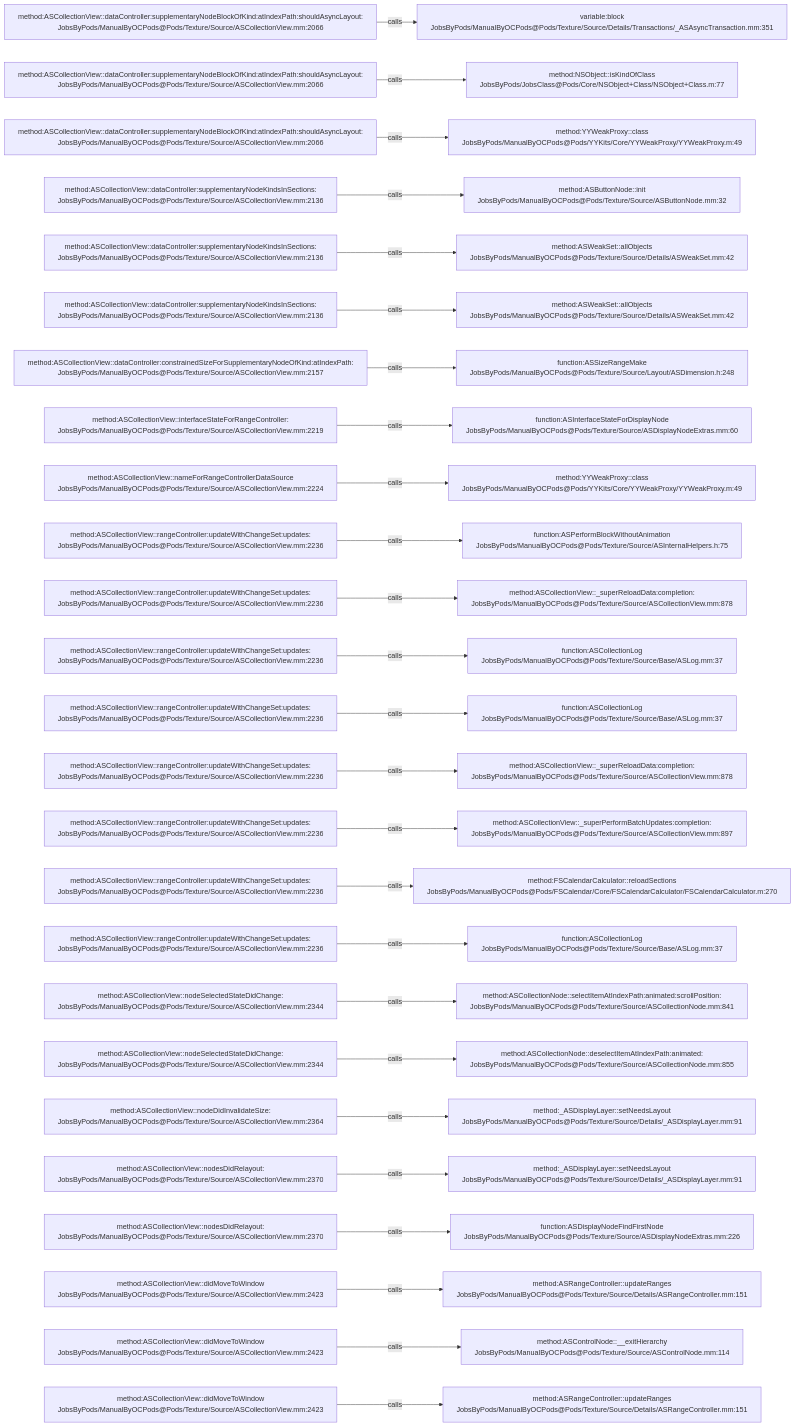
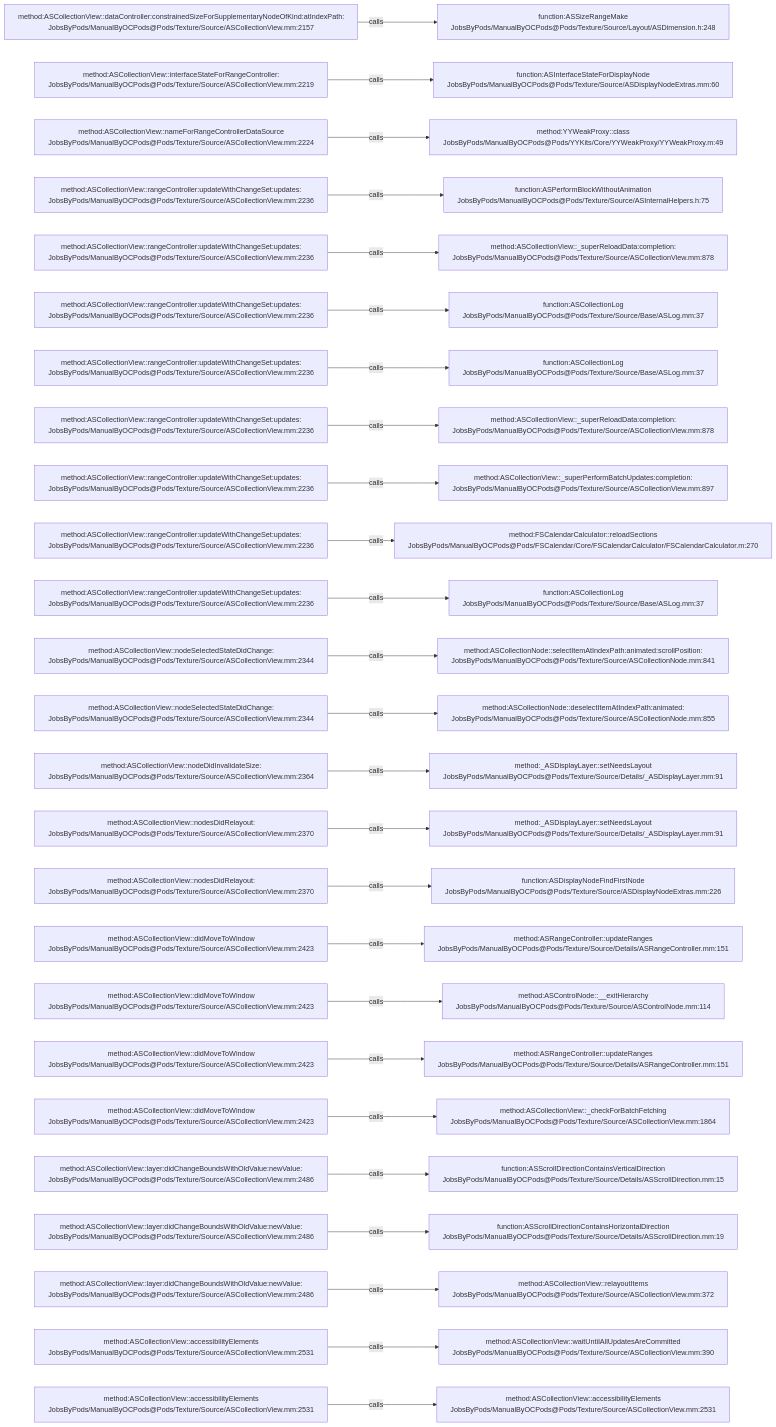
One commit to JobsKits/JobsOCBaseConfigDemo changed the diagram in .codegraph/codegraph.md/graphs/calls-076.md. Above: the diagram before and after it, drawn with Mermaid. The commit also changed 666 other files, not shown here.

````diff
--- a/.codegraph/codegraph.md/graphs/calls-076.md
+++ b/.codegraph/codegraph.md/graphs/calls-076.md
@@ -13,78 +13,78 @@
 ```mermaid
 flowchart LR
-  S1["method:ASCollectionView::dataController:supplementaryNodeBlockOfKind:atIndexPath:shouldAsyncLayout:<br/>JobsByPods/ManualByOCPods@Pods/Texture/Source/ASCollectionView.mm:2066"]
-  T1["variable:block<br/>JobsByPods/ManualByOCPods@Pods/Texture/Source/Details/Transactions/_ASAsyncTransaction.mm:351"]
+  S1["method:ASCollectionView::dataController:constrainedSizeForSupplementaryNodeOfKind:atIndexPath:<br/>JobsByPods/ManualByOCPods@Pods/Texture/Source/ASCollectionView.mm:2157"]
+  T1["function:ASSizeRangeMake<br/>JobsByPods/ManualByOCPods@Pods/Texture/Source/Layout/ASDimension.h:248"]
   S1 -->|calls| T1
-  S2["method:ASCollectionView::dataController:supplementaryNodeBlockOfKind:atIndexPath:shouldAsyncLayout:<br/>JobsByPods/ManualByOCPods@Pods/Texture/Source/ASCollectionView.mm:2066"]
-  T2["method:NSObject::isKindOfClass<br/>JobsByPods/JobsClass@Pods/Core/NSObject+Class/NSObject+Class.m:77"]
+  S2["method:ASCollectionView::interfaceStateForRangeController:<br/>JobsByPods/ManualByOCPods@Pods/Texture/Source/ASCollectionView.mm:2219"]
+  T2["function:ASInterfaceStateForDisplayNode<br/>JobsByPods/ManualByOCPods@Pods/Texture/Source/ASDisplayNodeExtras.mm:60"]
   S2 -->|calls| T2
-  S3["method:ASCollectionView::dataController:supplementaryNodeBlockOfKind:atIndexPath:shouldAsyncLayout:<br/>JobsByPods/ManualByOCPods@Pods/Texture/Source/ASCollectionView.mm:2066"]
+  S3["method:ASCollectionView::nameForRangeControllerDataSource<br/>JobsByPods/ManualByOCPods@Pods/Texture/Source/ASCollectionView.mm:2224"]
   T3["method:YYWeakProxy::class<br/>JobsByPods/ManualByOCPods@Pods/YYKits/Core/YYWeakProxy/YYWeakProxy.m:49"]
   S3 -->|calls| T3
-  S4["method:ASCollectionView::dataController:supplementaryNodeKindsInSections:<br/>JobsByPods/ManualByOCPods@Pods/Texture/Source/ASCollectionView.mm:2136"]
-  T4["method:ASButtonNode::init<br/>JobsByPods/ManualByOCPods@Pods/Texture/Source/ASButtonNode.mm:32"]
+  S4["method:ASCollectionView::rangeController:updateWithChangeSet:updates:<br/>JobsByPods/ManualByOCPods@Pods/Texture/Source/ASCollectionView.mm:2236"]
+  T4["function:ASPerformBlockWithoutAnimation<br/>JobsByPods/ManualByOCPods@Pods/Texture/Source/ASInternalHelpers.h:75"]
   S4 -->|calls| T4
-  S5["method:ASCollectionView::dataController:supplementaryNodeKindsInSections:<br/>JobsByPods/ManualByOCPods@Pods/Texture/Source/ASCollectionView.mm:2136"]
-  T5["method:ASWeakSet::allObjects<br/>JobsByPods/ManualByOCPods@Pods/Texture/Source/Details/ASWeakSet.mm:42"]
+  S5["method:ASCollectionView::rangeController:updateWithChangeSet:updates:<br/>JobsByPods/ManualByOCPods@Pods/Texture/Source/ASCollectionView.mm:2236"]
+  T5["method:ASCollectionView::_superReloadData:completion:<br/>JobsByPods/ManualByOCPods@Pods/Texture/Source/ASCollectionView.mm:878"]
   S5 -->|calls| T5
-  S6["method:ASCollectionView::dataController:supplementaryNodeKindsInSections:<br/>JobsByPods/ManualByOCPods@Pods/Texture/Source/ASCollectionView.mm:2136"]
-  T6["method:ASWeakSet::allObjects<br/>JobsByPods/ManualByOCPods@Pods/Texture/Source/Details/ASWeakSet.mm:42"]
+  S6["method:ASCollectionView::rangeController:updateWithChangeSet:updates:<br/>JobsByPods/ManualByOCPods@Pods/Texture/Source/ASCollectionView.mm:2236"]
+  T6["function:ASCollectionLog<br/>JobsByPods/ManualByOCPods@Pods/Texture/Source/Base/ASLog.mm:37"]
   S6 -->|calls| T6
-  S7["method:ASCollectionView::dataController:constrainedSizeForSupplementaryNodeOfKind:atIndexPath:<br/>JobsByPods/ManualByOCPods@Pods/Texture/Source/ASCollectionView.mm:2157"]
-  T7["function:ASSizeRangeMake<br/>JobsByPods/ManualByOCPods@Pods/Texture/Source/Layout/ASDimension.h:248"]
+  S7["method:ASCollectionView::rangeController:updateWithChangeSet:updates:<br/>JobsByPods/ManualByOCPods@Pods/Texture/Source/ASCollectionView.mm:2236"]
+  T7["function:ASCollectionLog<br/>JobsByPods/ManualByOCPods@Pods/Texture/Source/Base/ASLog.mm:37"]
   S7 -->|calls| T7
-  S8["method:ASCollectionView::interfaceStateForRangeController:<br/>JobsByPods/ManualByOCPods@Pods/Texture/Source/ASCollectionView.mm:2219"]
-  T8["function:ASInterfaceStateForDisplayNode<br/>JobsByPods/ManualByOCPods@Pods/Texture/Source/ASDisplayNodeExtras.mm:60"]
+  S8["method:ASCollectionView::rangeController:updateWithChangeSet:updates:<br/>JobsByPods/ManualByOCPods@Pods/Texture/Source/ASCollectionView.mm:2236"]
+  T8["method:ASCollectionView::_superReloadData:completion:<br/>JobsByPods/ManualByOCPods@Pods/Texture/Source/ASCollectionView.mm:878"]
   S8 -->|calls| T8
-  S9["method:ASCollectionView::nameForRangeControllerDataSource<br/>JobsByPods/ManualByOCPods@Pods/Texture/Source/ASCollectionView.mm:2224"]
-  T9["method:YYWeakProxy::class<br/>JobsByPods/ManualByOCPods@Pods/YYKits/Core/YYWeakProxy/YYWeakProxy.m:49"]
+  S9["method:ASCollectionView::rangeController:updateWithChangeSet:updates:<br/>JobsByPods/ManualByOCPods@Pods/Texture/Source/ASCollectionView.mm:2236"]
+  T9["method:ASCollectionView::_superPerformBatchUpdates:completion:<br/>JobsByPods/ManualByOCPods@Pods/Texture/Source/ASCollectionView.mm:897"]
   S9 -->|calls| T9
   S10["method:ASCollectionView::rangeController:updateWithChangeSet:updates:<br/>JobsByPods/ManualByOCPods@Pods/Texture/Source/ASCollectionView.mm:2236"]
-  T10["function:ASPerformBlockWithoutAnimation<br/>JobsByPods/ManualByOCPods@Pods/Texture/Source/ASInternalHelpers.h:75"]
+  T10["method:FSCalendarCalculator::reloadSections<br/>JobsByPods/ManualByOCPods@Pods/FSCalendar/Core/FSCalendarCalculator/FSCalendarCalculator.m:270"]
   S10 -->|calls| T10
   S11["method:ASCollectionView::rangeController:updateWithChangeSet:updates:<br/>JobsByPods/ManualByOCPods@Pods/Texture/Source/ASCollectionView.mm:2236"]
-  T11["method:ASCollectionView::_superReloadData:completion:<br/>JobsByPods/ManualByOCPods@Pods/Texture/Source/ASCollectionView.mm:878"]
+  T11["function:ASCollectionLog<br/>JobsByPods/ManualByOCPods@Pods/Texture/Source/Base/ASLog.mm:37"]
   S11 -->|calls| T11
-  S12["method:ASCollectionView::rangeController:updateWithChangeSet:updates:<br/>JobsByPods/ManualByOCPods@Pods/Texture/Source/ASCollectionView.mm:2236"]
-  T12["function:ASCollectionLog<br/>JobsByPods/ManualByOCPods@Pods/Texture/Source/Base/ASLog.mm:37"]
+  S12["method:ASCollectionView::nodeSelectedStateDidChange:<br/>JobsByPods/ManualByOCPods@Pods/Texture/Source/ASCollectionView.mm:2344"]
+  T12["method:ASCollectionNode::selectItemAtIndexPath:animated:scrollPosition:<br/>JobsByPods/ManualByOCPods@Pods/Texture/Source/ASCollectionNode.mm:841"]
   S12 -->|calls| T12
-  S13["method:ASCollectionView::rangeController:updateWithChangeSet:updates:<br/>JobsByPods/ManualByOCPods@Pods/Texture/Source/ASCollectionView.mm:2236"]
-  T13["function:ASCollectionLog<br/>JobsByPods/ManualByOCPods@Pods/Texture/Source/Base/ASLog.mm:37"]
+  S13["method:ASCollectionView::nodeSelectedStateDidChange:<br/>JobsByPods/ManualByOCPods@Pods/Texture/Source/ASCollectionView.mm:2344"]
+  T13["method:ASCollectionNode::deselectItemAtIndexPath:animated:<br/>JobsByPods/ManualByOCPods@Pods/Texture/Source/ASCollectionNode.mm:855"]
   S13 -->|calls| T13
-  S14["method:ASCollectionView::rangeController:updateWithChangeSet:updates:<br/>JobsByPods/ManualByOCPods@Pods/Texture/Source/ASCollectionView.mm:2236"]
-  T14["method:ASCollectionView::_superReloadData:completion:<br/>JobsByPods/ManualByOCPods@Pods/Texture/Source/ASCollectionView.mm:878"]
+  S14["method:ASCollectionView::nodeDidInvalidateSize:<br/>JobsByPods/ManualByOCPods@Pods/Texture/Source/ASCollectionView.mm:2364"]
+  T14["method:_ASDisplayLayer::setNeedsLayout<br/>JobsByPods/ManualByOCPods@Pods/Texture/Source/Details/_ASDisplayLayer.mm:91"]
   S14 -->|calls| T14
-  S15["method:ASCollectionView::rangeController:updateWithChangeSet:updates:<br/>JobsByPods/ManualByOCPods@Pods/Texture/Source/ASCollectionView.mm:2236"]
-  T15["method:ASCollectionView::_superPerformBatchUpdates:completion:<br/>JobsByPods/ManualByOCPods@Pods/Texture/Source/ASCollectionView.mm:897"]
+  S15["method:ASCollectionView::nodesDidRelayout:<br/>JobsByPods/ManualByOCPods@Pods/Texture/Source/ASCollectionView.mm:2370"]
+  T15["method:_ASDisplayLayer::setNeedsLayout<br/>JobsByPods/ManualByOCPods@Pods/Texture/Source/Details/_ASDisplayLayer.mm:91"]
   S15 -->|calls| T15
-  S16["method:ASCollectionView::rangeController:updateWithChangeSet:updates:<br/>JobsByPods/ManualByOCPods@Pods/Texture/Source/ASCollectionView.mm:2236"]
-  T16["method:FSCalendarCalculator::reloadSections<br/>JobsByPods/ManualByOCPods@Pods/FSCalendar/Core/FSCalendarCalculator/FSCalendarCalculator.m:270"]
+  S16["method:ASCollectionView::nodesDidRelayout:<br/>JobsByPods/ManualByOCPods@Pods/Texture/Source/ASCollectionView.mm:2370"]
+  T16["function:ASDisplayNodeFindFirstNode<br/>JobsByPods/ManualByOCPods@Pods/Texture/Source/ASDisplayNodeExtras.mm:226"]
   S16 -->|calls| T16
-  S17["method:ASCollectionView::rangeController:updateWithChangeSet:updates:<br/>JobsByPods/ManualByOCPods@Pods/Texture/Source/ASCollectionView.mm:2236"]
-  T17["function:ASCollectionLog<br/>JobsByPods/ManualByOCPods@Pods/Texture/Source/Base/ASLog.mm:37"]
+  S17["method:ASCollectionView::didMoveToWindow<br/>JobsByPods/ManualByOCPods@Pods/Texture/Source/ASCollectionView.mm:2423"]
+  T17["method:ASRangeController::updateRanges<br/>JobsByPods/ManualByOCPods@Pods/Texture/Source/Details/ASRangeController.mm:151"]
   S17 -->|calls| T17
-  S18["method:ASCollectionView::nodeSelectedStateDidChange:<br/>JobsByPods/ManualByOCPods@Pods/Texture/Source/ASCollectionView.mm:2344"]
-  T18["method:ASCollectionNode::selectItemAtIndexPath:animated:scrollPosition:<br/>JobsByPods/ManualByOCPods@Pods/Texture/Source/ASCollectionNode.mm:841"]
+  S18["method:ASCollectionView::didMoveToWindow<br/>JobsByPods/ManualByOCPods@Pods/Texture/Source/ASCollectionView.mm:2423"]
+  T18["method:ASControlNode::__exitHierarchy<br/>JobsByPods/ManualByOCPods@Pods/Texture/Source/ASControlNode.mm:114"]
   S18 -->|calls| T18
-  S19["method:ASCollectionView::nodeSelectedStateDidChange:<br/>JobsByPods/ManualByOCPods@Pods/Texture/Source/ASCollectionView.mm:2344"]
-  T19["method:ASCollectionNode::deselectItemAtIndexPath:animated:<br/>JobsByPods/ManualByOCPods@Pods/Texture/Source/ASCollectionNode.mm:855"]
+  S19["method:ASCollectionView::didMoveToWindow<br/>JobsByPods/ManualByOCPods@Pods/Texture/Source/ASCollectionView.mm:2423"]
+  T19["method:ASRangeController::updateRanges<br/>JobsByPods/ManualByOCPods@Pods/Texture/Source/Details/ASRangeController.mm:151"]
   S19 -->|calls| T19
-  S20["method:ASCollectionView::nodeDidInvalidateSize:<br/>JobsByPods/ManualByOCPods@Pods/Texture/Source/ASCollectionView.mm:2364"]
-  T20["method:_ASDisplayLayer::setNeedsLayout<br/>JobsByPods/ManualByOCPods@Pods/Texture/Source/Details/_ASDisplayLayer.mm:91"]
+  S20["method:ASCollectionView::didMoveToWindow<br/>JobsByPods/ManualByOCPods@Pods/Texture/Source/ASCollectionView.mm:2423"]
+  T20["method:ASCollectionView::_checkForBatchFetching<br/>JobsByPods/ManualByOCPods@Pods/Texture/Source/ASCollectionView.mm:1864"]
   S20 -->|calls| T20
-  S21["method:ASCollectionView::nodesDidRelayout:<br/>JobsByPods/ManualByOCPods@Pods/Texture/Source/ASCollectionView.mm:2370"]
-  T21["method:_ASDisplayLayer::setNeedsLayout<br/>JobsByPods/ManualByOCPods@Pods/Texture/Source/Details/_ASDisplayLayer.mm:91"]
+  S21["method:ASCollectionView::layer:didChangeBoundsWithOldValue:newValue:<br/>JobsByPods/ManualByOCPods@Pods/Texture/Source/ASCollectionView.mm:2486"]
+  T21["function:ASScrollDirectionContainsVerticalDirection<br/>JobsByPods/ManualByOCPods@Pods/Texture/Source/Details/ASScrollDirection.mm:15"]
   S21 -->|calls| T21
-  S22["method:ASCollectionView::nodesDidRelayout:<br/>JobsByPods/ManualByOCPods@Pods/Texture/Source/ASCollectionView.mm:2370"]
-  T22["function:ASDisplayNodeFindFirstNode<br/>JobsByPods/ManualByOCPods@Pods/Texture/Source/ASDisplayNodeExtras.mm:226"]
+  S22["method:ASCollectionView::layer:didChangeBoundsWithOldValue:newValue:<br/>JobsByPods/ManualByOCPods@Pods/Texture/Source/ASCollectionView.mm:2486"]
+  T22["function:ASScrollDirectionContainsHorizontalDirection<br/>JobsByPods/ManualByOCPods@Pods/Texture/Source/Details/ASScrollDirection.mm:19"]
   S22 -->|calls| T22
-  S23["method:ASCollectionView::didMoveToWindow<br/>JobsByPods/ManualByOCPods@Pods/Texture/Source/ASCollectionView.mm:2423"]
-  T23["method:ASRangeController::updateRanges<br/>JobsByPods/ManualByOCPods@Pods/Texture/Source/Details/ASRangeController.mm:151"]
+  S23["method:ASCollectionView::layer:didChangeBoundsWithOldValue:newValue:<br/>JobsByPods/ManualByOCPods@Pods/Texture/Source/ASCollectionView.mm:2486"]
+  T23["method:ASCollectionView::relayoutItems<br/>JobsByPods/ManualByOCPods@Pods/Texture/Source/ASCollectionView.mm:372"]
   S23 -->|calls| T23
-  S24["method:ASCollectionView::didMoveToWindow<br/>JobsByPods/ManualByOCPods@Pods/Texture/Source/ASCollectionView.mm:2423"]
-  T24["method:ASControlNode::__exitHierarchy<br/>JobsByPods/ManualByOCPods@Pods/Texture/Source/ASControlNode.mm:114"]
+  S24["method:ASCollectionView::accessibilityElements<br/>JobsByPods/ManualByOCPods@Pods/Texture/Source/ASCollectionView.mm:2531"]
+  T24["method:ASCollectionView::waitUntilAllUpdatesAreCommitted<br/>JobsByPods/ManualByOCPods@Pods/Texture/Source/ASCollectionView.mm:390"]
   S24 -->|calls| T24
-  S25["method:ASCollectionView::didMoveToWindow<br/>JobsByPods/ManualByOCPods@Pods/Texture/Source/ASCollectionView.mm:2423"]
-  T25["method:ASRangeController::updateRanges<br/>JobsByPods/ManualByOCPods@Pods/Texture/Source/Details/ASRangeController.mm:151"]
+  S25["method:ASCollectionView::accessibilityElements<br/>JobsByPods/ManualByOCPods@Pods/Texture/Source/ASCollectionView.mm:2531"]
+  T25["method:ASCollectionView::accessibilityElements<br/>JobsByPods/ManualByOCPods@Pods/Texture/Source/ASCollectionView.mm:2531"]
   S25 -->|calls| T25
 ```
````
